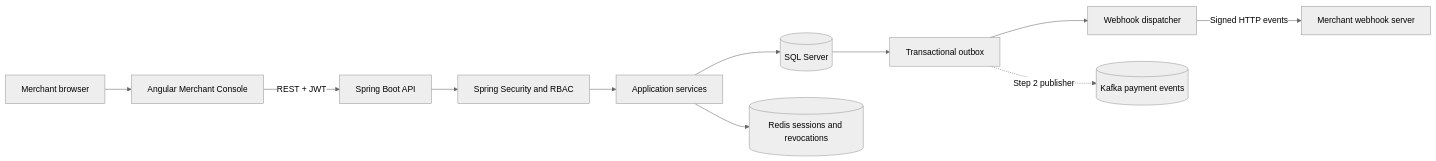
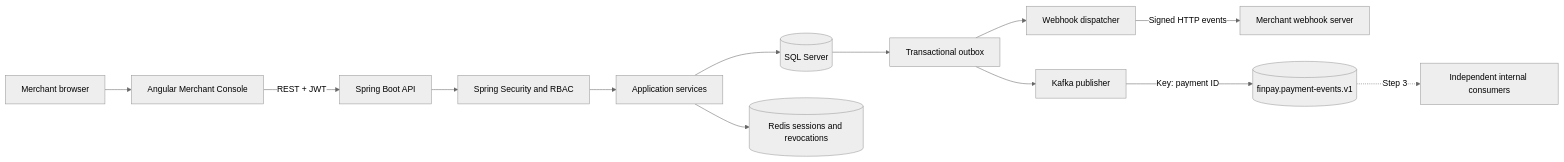
Before and after one commit to orlandosyv/finpay: the first of 2 diagrams in README.md, drawn with Mermaid (neutral theme). The commit also changed other lines of this file and 22 other files, not shown here.

First line of the commit message:
OY: Implement Kafka publication feature with outbox pattern

````diff
--- a/README.md
+++ b/README.md
@@ -81,13 +82,15 @@
 ```mermaid
 flowchart LR
     Browser[Merchant browser] --> Angular[Angular Merchant Console]
     Angular -->|REST + JWT| API[Spring Boot API]
     API --> Security[Spring Security and RBAC]
     Security --> Services[Application services]
     Services --> SQL[(SQL Server)]
     Services --> Redis[(Redis sessions and revocations)]
     SQL --> Outbox[Transactional outbox]
     Outbox --> Dispatcher[Webhook dispatcher]
     Dispatcher -->|Signed HTTP events| Merchant[Merchant webhook server]
-    Outbox -. Step 2 publisher .-> Kafka[(Kafka payment events)]
+    Outbox --> Publisher[Kafka publisher]
+    Publisher -->|Key: payment ID| Kafka[(finpay.payment-events.v1)]
+    Kafka -. Step 3 .-> Consumers[Independent internal consumers]
 ```
````
